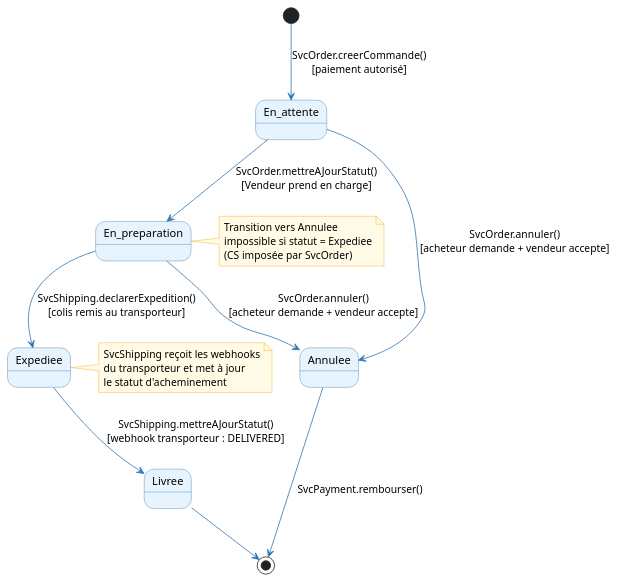
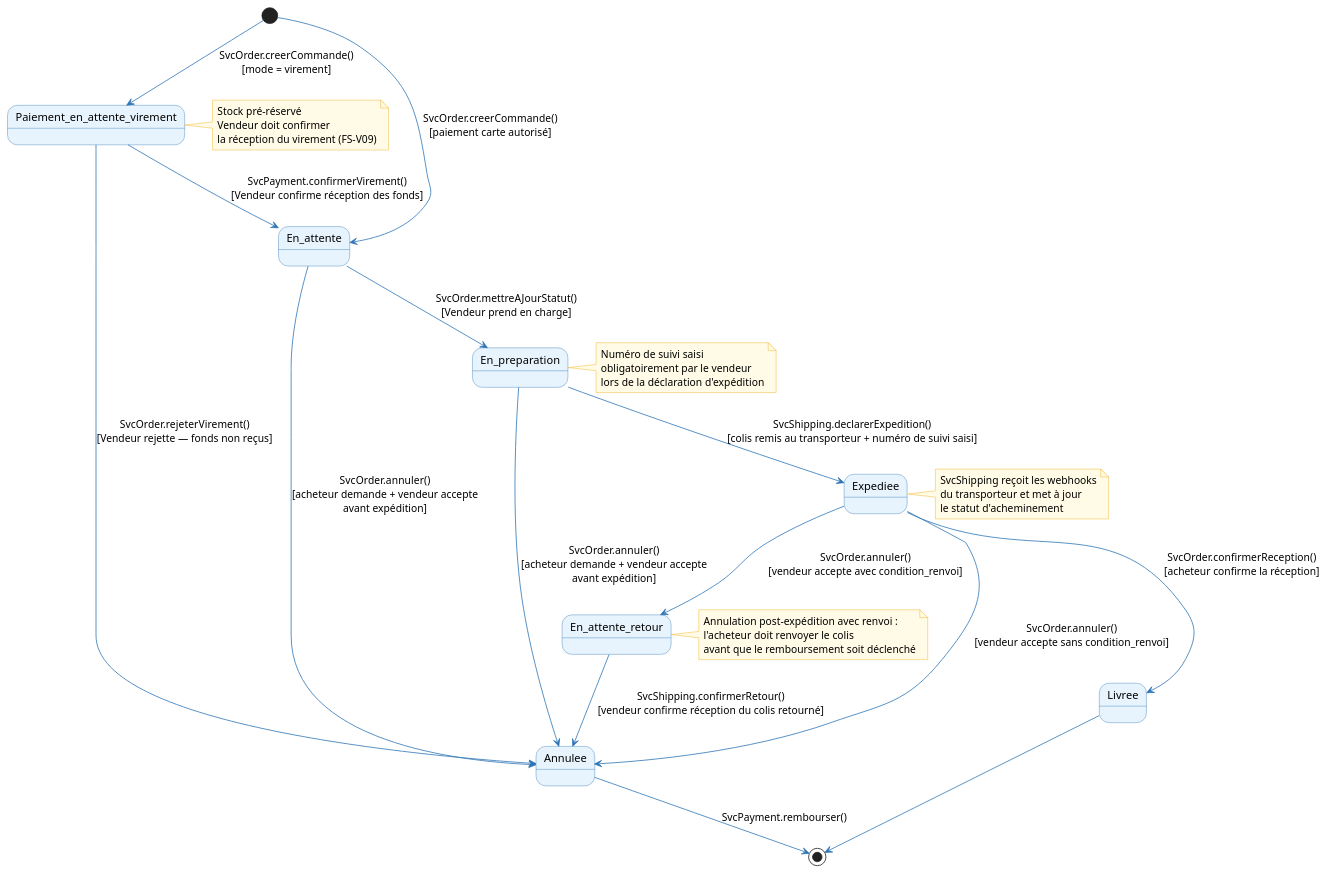
The fifth of 7 diagrams in architecture/03-logical-architecture/la.adoc (louistalvande/online_shop), drawn with PlantUML before and after one commit. The commit also changed other lines of this file and 4 other files, not shown here.

```diff
--- a/architecture/03-logical-architecture/la.adoc
+++ b/architecture/03-logical-architecture/la.adoc
@@ -476,35 +479,56 @@
 [plantuml, la-states-commande, svg]
 ----
 skinparam stateBorderColor #2E75B6
 skinparam stateBackgroundColor #E8F4FD
 skinparam arrowColor #2E75B6
 skinparam noteBackgroundColor #FFFBE6
 skinparam noteBorderColor #F0A500
 
-[*] --> En_attente : SvcOrder.creerCommande()\n[paiement autorisé]
+[*] --> Paiement_en_attente_virement : SvcOrder.creerCommande()\n[mode = virement]
+[*] --> En_attente : SvcOrder.creerCommande()\n[paiement carte autorisé]
+
+Paiement_en_attente_virement --> En_attente : SvcPayment.confirmerVirement()\n[Vendeur confirme réception des fonds]
+Paiement_en_attente_virement --> Annulee : SvcOrder.rejeterVirement()\n[Vendeur rejette — fonds non reçus]
 
 En_attente --> En_preparation : SvcOrder.mettreAJourStatut()\n[Vendeur prend en charge]
 
-En_preparation --> Expediee : SvcShipping.declarerExpedition()\n[colis remis au transporteur]
+En_preparation --> Expediee : SvcShipping.declarerExpedition()\n[colis remis au transporteur + numéro de suivi saisi]
 
-Expediee --> Livree : SvcShipping.mettreAJourStatut()\n[webhook transporteur : DELIVERED]
+Expediee --> Livree : SvcOrder.confirmerReception()\n[acheteur confirme la réception]
 
 Livree --> [*]
 
-En_attente --> Annulee : SvcOrder.annuler()\n[acheteur demande + vendeur accepte]
-En_preparation --> Annulee : SvcOrder.annuler()\n[acheteur demande + vendeur accepte]
+En_attente --> Annulee : SvcOrder.annuler()\n[acheteur demande + vendeur accepte\navant expédition]
+En_preparation --> Annulee : SvcOrder.annuler()\n[acheteur demande + vendeur accepte\navant expédition]
+
+Expediee --> En_attente_retour : SvcOrder.annuler()\n[vendeur accepte avec condition_renvoi]
+Expediee --> Annulee : SvcOrder.annuler()\n[vendeur accepte sans condition_renvoi]
+
+En_attente_retour --> Annulee : SvcShipping.confirmerRetour()\n[vendeur confirme réception du colis retourné]
 
 Annulee --> [*] : SvcPayment.rembourser()
 
+note right of Paiement_en_attente_virement
+  Stock pré-réservé
+  Vendeur doit confirmer
+  la réception du virement (FS-V09)
+end note
+
 note right of En_preparation
-  Transition vers Annulee
-  impossible si statut = Expediee
-  (CS imposée par SvcOrder)
+  Numéro de suivi saisi
+  obligatoirement par le vendeur
+  lors de la déclaration d'expédition
+end note
+
+note right of En_attente_retour
+  Annulation post-expédition avec renvoi :
+  l'acheteur doit renvoyer le colis
+  avant que le remboursement soit déclenché
 end note
 
 note right of Expediee
   SvcShipping reçoit les webhooks
   du transporteur et met à jour
   le statut d'acheminement
 end note
 ----
```
